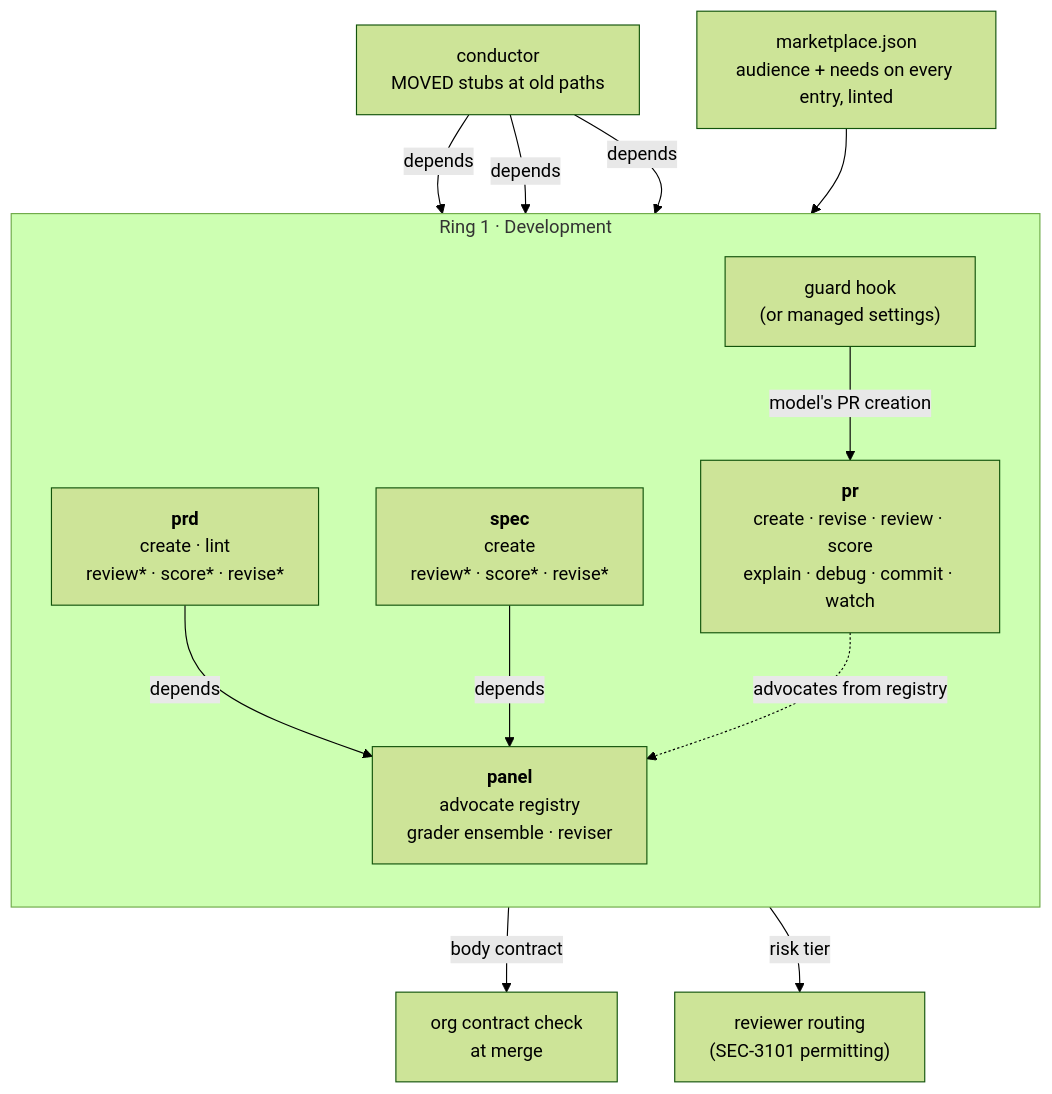
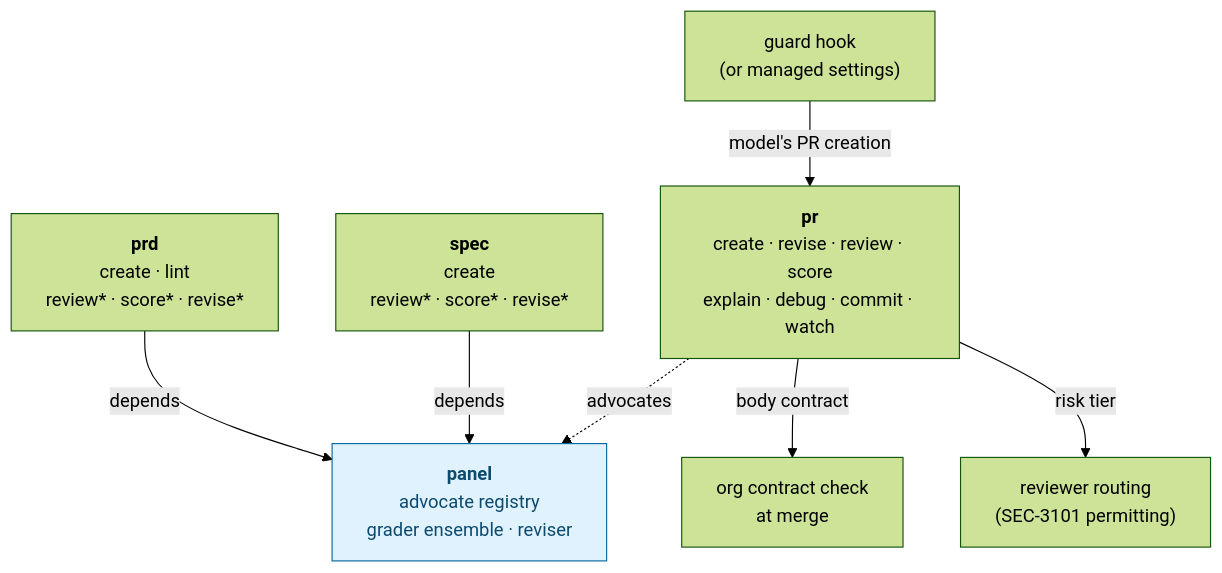
The fourth of 9 diagrams in tech-specs/aif-epic-restructure.mdx (escote-tatari/mintlify-poc), drawn with Mermaid (forest theme) before and after one commit. The commit also changed other lines of this file, not shown here.

First line of the commit message:
Tech spec: tighten charts, verb table and diagrams for page width

````diff
--- a/tech-specs/aif-epic-restructure.mdx
+++ b/tech-specs/aif-epic-restructure.mdx
@@ -307,20 +316,12 @@
 ```mermaid
 flowchart TB
-    MKT["marketplace.json<br/>audience + needs on every entry, linted"]
-    subgraph R1["Ring 1 · Development"]
-        direction TB
-        PRD["<b>prd</b><br/>create · lint<br/>review* · score* · revise*"]
-        SPEC["<b>spec</b><br/>create<br/>review* · score* · revise*"]
-        PANEL["<b>panel</b><br/>advocate registry<br/>grader ensemble · reviser"]
-        PR["<b>pr</b><br/>create · revise · review · score<br/>explain · debug · commit · watch"]
-        GUARD["guard hook<br/>(or managed settings)"]
-    end
-    PRD -- depends --> PANEL
-    SPEC -- depends --> PANEL
-    PR -. "advocates from registry" .-> PANEL
-    GUARD -- "model's PR creation" --> PR
+    PRD["<b>prd</b><br/>create · lint<br/>review* · score* · revise*"] -- depends --> PANEL
+    SPEC["<b>spec</b><br/>create<br/>review* · score* · revise*"] -- depends --> PANEL
+    PANEL["<b>panel</b><br/>advocate registry<br/>grader ensemble · reviser"]
+    GUARD["guard hook<br/>(or managed settings)"] -- "model's PR creation" --> PR
+    PR["<b>pr</b><br/>create · revise · review · score<br/>explain · debug · commit · watch"] -. "advocates" .-> PANEL
     PR -- "body contract" --> ORG["org contract check<br/>at merge"]
     PR -- "risk tier" --> ROUTE["reviewer routing<br/>(SEC-3101 permitting)"]
-    COND["conductor<br/>MOVED stubs at old paths"] -- depends --> PRD & SPEC & PR
-    MKT --> R1
+    classDef engine fill:#e0f2fe,stroke:#0369a1,color:#0c4a6e
+    class PANEL engine
 ```
````
